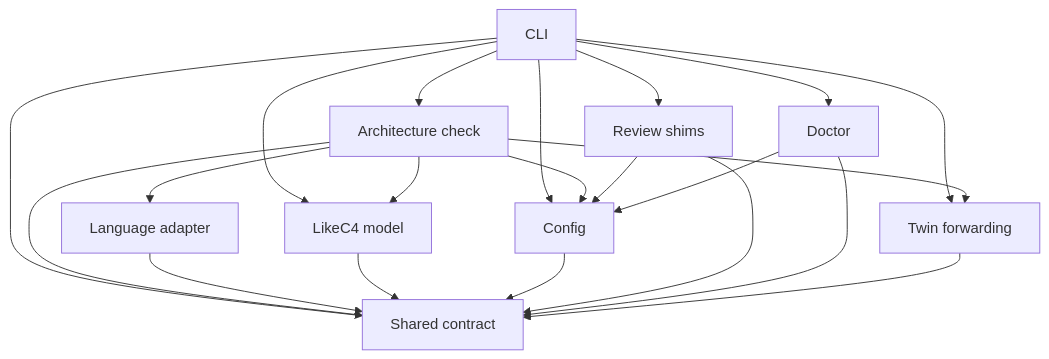
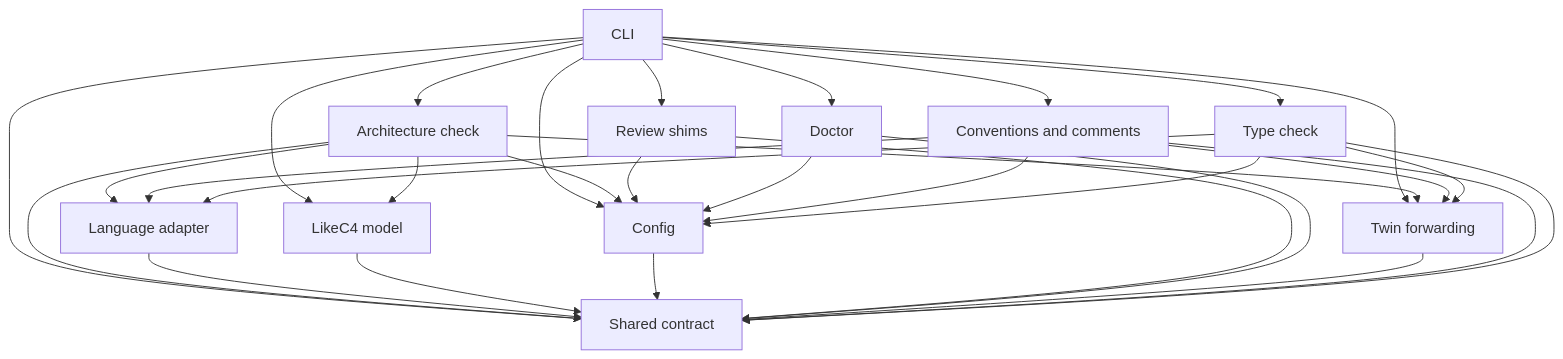
Before and after one commit to MotleyAI/living-architecture: the second of 2 diagrams in architecture/system.arc42.md, drawn with Mermaid. The commit also changed other lines of this file and 3 other files, not shown here.

First line of the commit message:
Model the typecheck and npm conventions nodes; principle 4 allows configured commands; la-typecheck config for this repo

````diff
--- a/architecture/system.arc42.md
+++ b/architecture/system.arc42.md
@@ -56,33 +63,45 @@
 ```mermaid
 flowchart TD
   %% npm: npm twin
   contract["Shared contract"]
   config["Config"]
   cli["CLI"]
   c4["LikeC4 model"]
   archcheck["Architecture check"]
   lang["Language adapter"]
   review["Review shims"]
   doctor["Doctor"]
   twin["Twin forwarding"]
+  conventions["Conventions and comments"]
+  typecheck["Type check"]
   cli --> contract
   cli --> config
   cli --> archcheck
   cli --> c4
   cli --> review
   cli --> doctor
   cli --> twin
   archcheck --> c4
   archcheck --> lang
   archcheck --> config
   archcheck --> contract
   archcheck --> twin
   lang --> contract
   c4 --> contract
   config --> contract
   review --> config
   review --> contract
   doctor --> config
   doctor --> contract
   twin --> contract
+  cli --> conventions
+  cli --> typecheck
+  conventions --> lang
+  conventions --> config
+  conventions --> contract
+  conventions --> twin
+  typecheck --> lang
+  typecheck --> config
+  typecheck --> contract
+  typecheck --> twin
 ```
````
